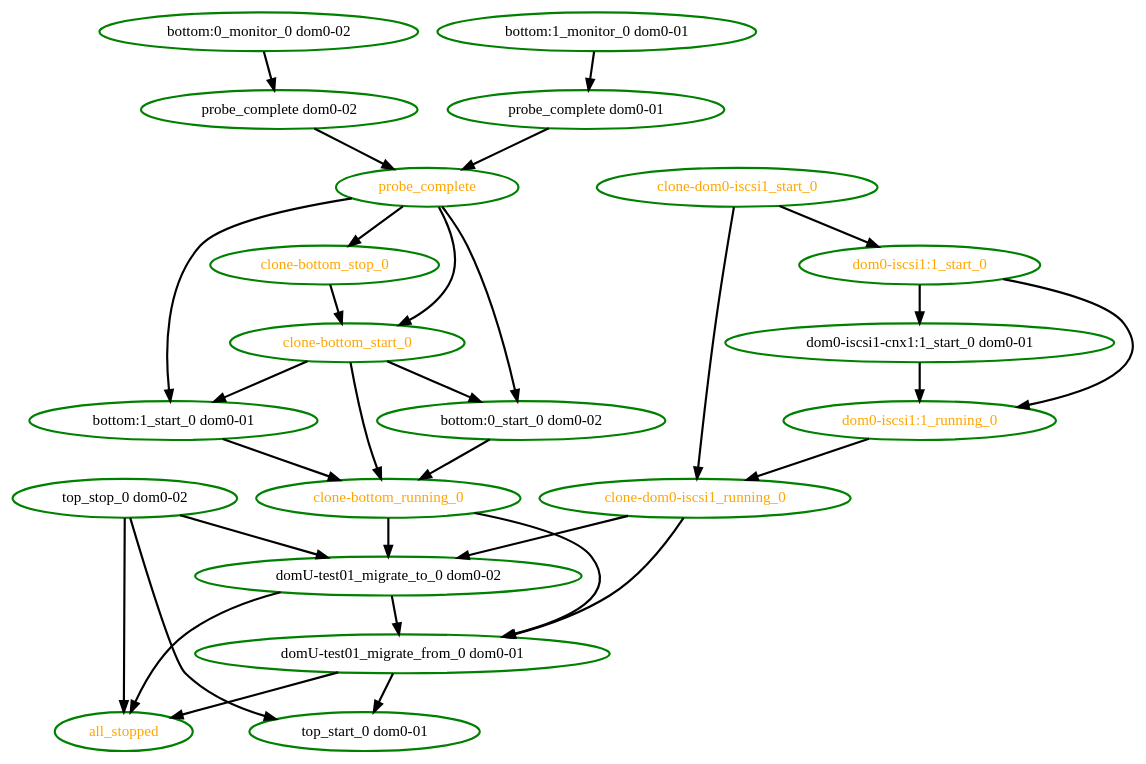
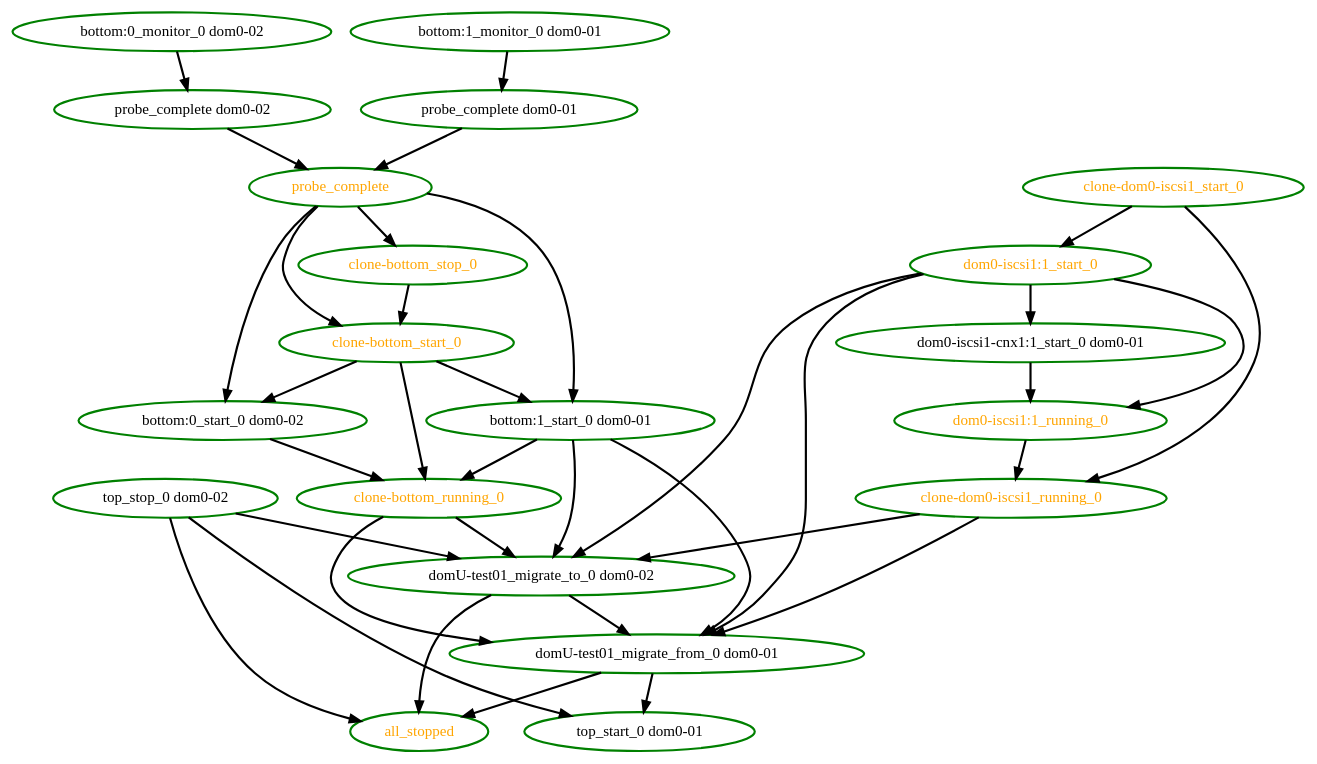
The diagram in pengine/test10/migrate-start-complex.dot (linux-ha-japan/pm_diskd), drawn with Graphviz before and after one commit. The commit also changed 11 other files, not shown here.

```diff
--- a/pengine/test10/migrate-start-complex.dot
+++ b/pengine/test10/migrate-start-complex.dot
@@ -1,53 +1,57 @@
 digraph "g" {
 "all_stopped" [ style=bold color="green" fontcolor="orange"  ]
 "bottom:0_monitor_0 dom0-02" -> "probe_complete dom0-02" [ style = bold]
 "bottom:0_monitor_0 dom0-02" [ style=bold color="green" fontcolor="black"  ]
 "bottom:0_start_0 dom0-02" -> "clone-bottom_running_0" [ style = bold]
 "bottom:0_start_0 dom0-02" [ style=bold color="green" fontcolor="black"  ]
 "bottom:1_monitor_0 dom0-01" -> "probe_complete dom0-01" [ style = bold]
 "bottom:1_monitor_0 dom0-01" [ style=bold color="green" fontcolor="black"  ]
 "bottom:1_start_0 dom0-01" -> "clone-bottom_running_0" [ style = bold]
+"bottom:1_start_0 dom0-01" -> "domU-test01_migrate_from_0 dom0-01" [ style = bold]
+"bottom:1_start_0 dom0-01" -> "domU-test01_migrate_to_0 dom0-02" [ style = bold]
 "bottom:1_start_0 dom0-01" [ style=bold color="green" fontcolor="black"  ]
 "clone-bottom_running_0" -> "domU-test01_migrate_from_0 dom0-01" [ style = bold]
 "clone-bottom_running_0" -> "domU-test01_migrate_to_0 dom0-02" [ style = bold]
 "clone-bottom_running_0" [ style=bold color="green" fontcolor="orange"  ]
 "clone-bottom_start_0" -> "bottom:0_start_0 dom0-02" [ style = bold]
 "clone-bottom_start_0" -> "bottom:1_start_0 dom0-01" [ style = bold]
 "clone-bottom_start_0" -> "clone-bottom_running_0" [ style = bold]
 "clone-bottom_start_0" [ style=bold color="green" fontcolor="orange"  ]
 "clone-bottom_stop_0" -> "clone-bottom_start_0" [ style = bold]
 "clone-bottom_stop_0" [ style=bold color="green" fontcolor="orange"  ]
 "clone-dom0-iscsi1_running_0" -> "domU-test01_migrate_from_0 dom0-01" [ style = bold]
 "clone-dom0-iscsi1_running_0" -> "domU-test01_migrate_to_0 dom0-02" [ style = bold]
 "clone-dom0-iscsi1_running_0" [ style=bold color="green" fontcolor="orange"  ]
 "clone-dom0-iscsi1_start_0" -> "clone-dom0-iscsi1_running_0" [ style = bold]
 "clone-dom0-iscsi1_start_0" -> "dom0-iscsi1:1_start_0" [ style = bold]
 "clone-dom0-iscsi1_start_0" [ style=bold color="green" fontcolor="orange"  ]
 "dom0-iscsi1-cnx1:1_start_0 dom0-01" -> "dom0-iscsi1:1_running_0" [ style = bold]
 "dom0-iscsi1-cnx1:1_start_0 dom0-01" [ style=bold color="green" fontcolor="black"  ]
 "dom0-iscsi1:1_running_0" -> "clone-dom0-iscsi1_running_0" [ style = bold]
 "dom0-iscsi1:1_running_0" [ style=bold color="green" fontcolor="orange"  ]
 "dom0-iscsi1:1_start_0" -> "dom0-iscsi1-cnx1:1_start_0 dom0-01" [ style = bold]
 "dom0-iscsi1:1_start_0" -> "dom0-iscsi1:1_running_0" [ style = bold]
+"dom0-iscsi1:1_start_0" -> "domU-test01_migrate_from_0 dom0-01" [ style = bold]
+"dom0-iscsi1:1_start_0" -> "domU-test01_migrate_to_0 dom0-02" [ style = bold]
 "dom0-iscsi1:1_start_0" [ style=bold color="green" fontcolor="orange"  ]
 "domU-test01_migrate_from_0 dom0-01" -> "all_stopped" [ style = bold]
 "domU-test01_migrate_from_0 dom0-01" -> "top_start_0 dom0-01" [ style = bold]
 "domU-test01_migrate_from_0 dom0-01" [ style=bold color="green" fontcolor="black"  ]
 "domU-test01_migrate_to_0 dom0-02" -> "all_stopped" [ style = bold]
 "domU-test01_migrate_to_0 dom0-02" -> "domU-test01_migrate_from_0 dom0-01" [ style = bold]
 "domU-test01_migrate_to_0 dom0-02" [ style=bold color="green" fontcolor="black"  ]
 "probe_complete dom0-01" -> "probe_complete" [ style = bold]
 "probe_complete dom0-01" [ style=bold color="green" fontcolor="black"  ]
 "probe_complete dom0-02" -> "probe_complete" [ style = bold]
 "probe_complete dom0-02" [ style=bold color="green" fontcolor="black"  ]
 "probe_complete" -> "bottom:0_start_0 dom0-02" [ style = bold]
 "probe_complete" -> "bottom:1_start_0 dom0-01" [ style = bold]
 "probe_complete" -> "clone-bottom_start_0" [ style = bold]
 "probe_complete" -> "clone-bottom_stop_0" [ style = bold]
 "probe_complete" [ style=bold color="green" fontcolor="orange"  ]
 "top_start_0 dom0-01" [ style=bold color="green" fontcolor="black"  ]
 "top_stop_0 dom0-02" -> "all_stopped" [ style = bold]
 "top_stop_0 dom0-02" -> "domU-test01_migrate_to_0 dom0-02" [ style = bold]
 "top_stop_0 dom0-02" -> "top_start_0 dom0-01" [ style = bold]
 "top_stop_0 dom0-02" [ style=bold color="green" fontcolor="black"  ]
 }
```
